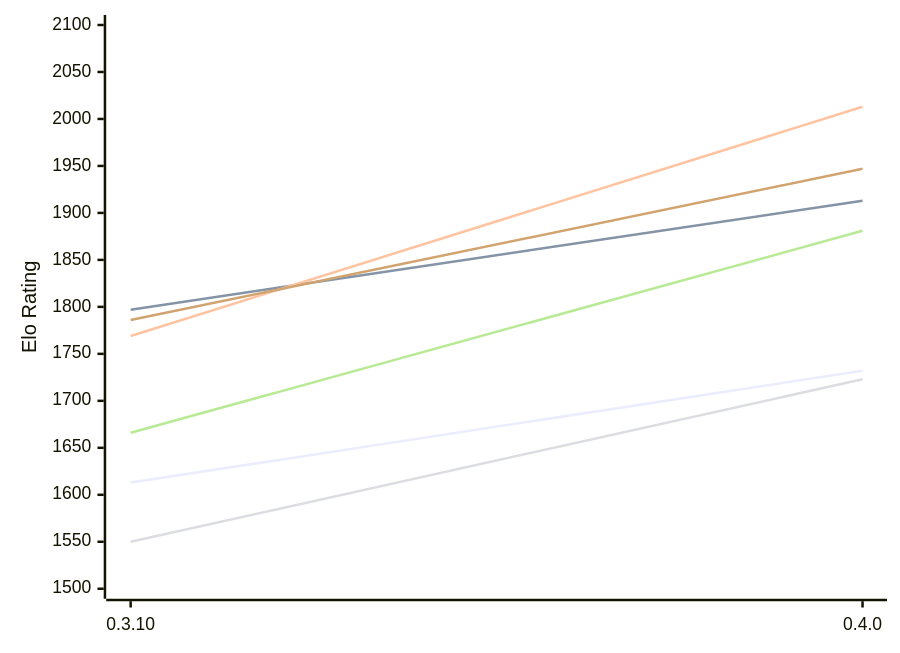
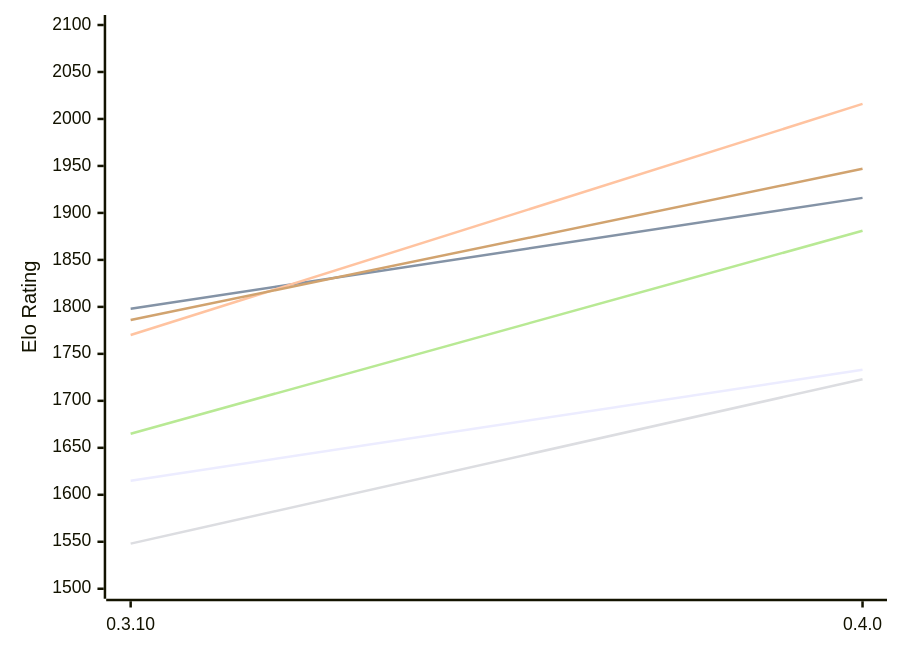
One commit to computer-chess-index/cci changed the first of 2 diagrams in engines/Arche.md. Above: the diagram before and after it, drawn with Mermaid. The commit also changed other lines of this file, not shown here.

Commit message:
Update CCI Ratings (ELO VLTC) - 2026-11-19

````diff
--- a/engines/Arche.md
+++ b/engines/Arche.md
@@ -53,12 +53,12 @@
 ```mermaid
 %%{init: {"theme":"base","themeVariables":{"seriesColors:['#a3a3a3','#222221','#faa371']}}}%%
 xychart-beta
   x-axis ["0.3.10", "0.4.0"]
   y-axis "Elo Rating" 1500 --> 2100
-  line "E1: STC (8.0+0.08s)" [1613, 1732]
-  line "E1: LTC (60.0+0.60s)" [1797, 1913]
-  line "E1: VLTC (2m24s+1.12s)" [1769, 2013]
-  line "P1: STC (8.0+0.08s)" [1550, 1723]
-  line "P1: LTC (60.0+0.60s)" [1666, 1881]
+  line "E1: STC (8.0+0.08s)" [1615, 1733]
+  line "E1: LTC (60.0+0.60s)" [1798, 1916]
+  line "E1: VLTC (2m24s+1.12s)" [1770, 2016]
+  line "P1: STC (8.0+0.08s)" [1548, 1723]
+  line "P1: LTC (60.0+0.60s)" [1665, 1881]
   line "P1: VLTC (2m24s+1.12s)" [1786, 1947]
 ```
````
